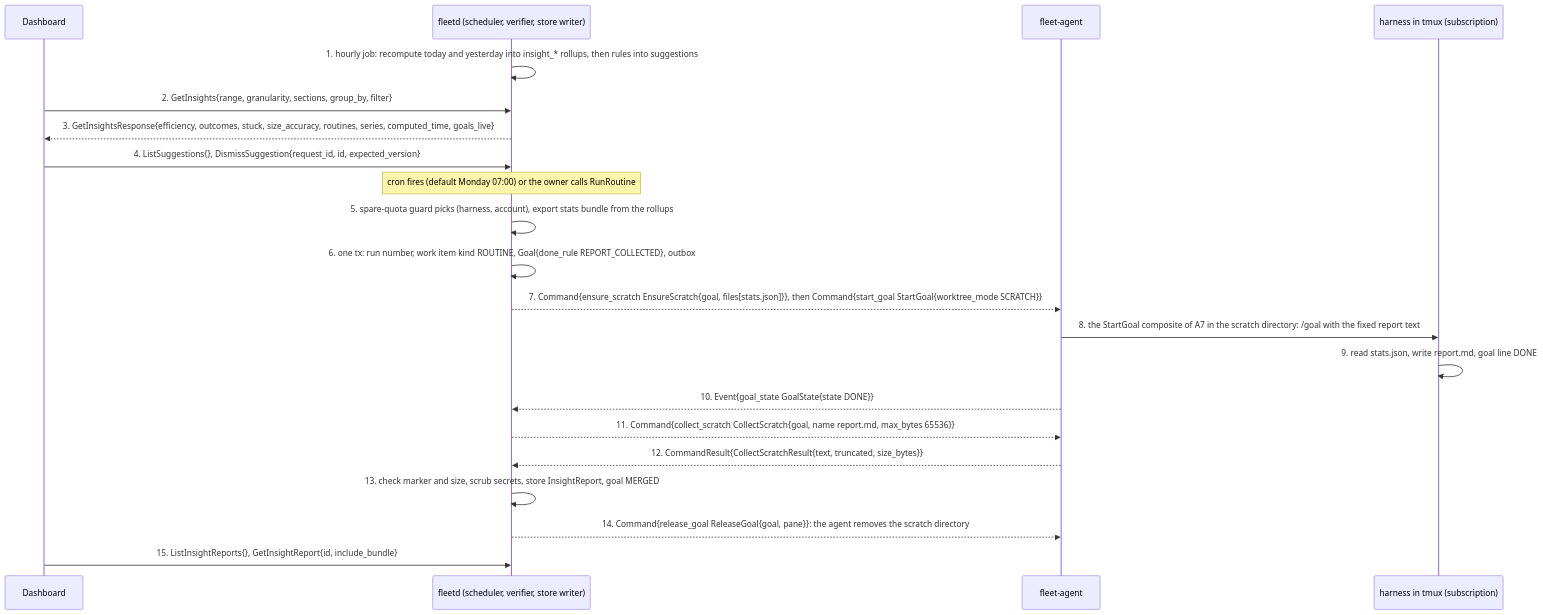
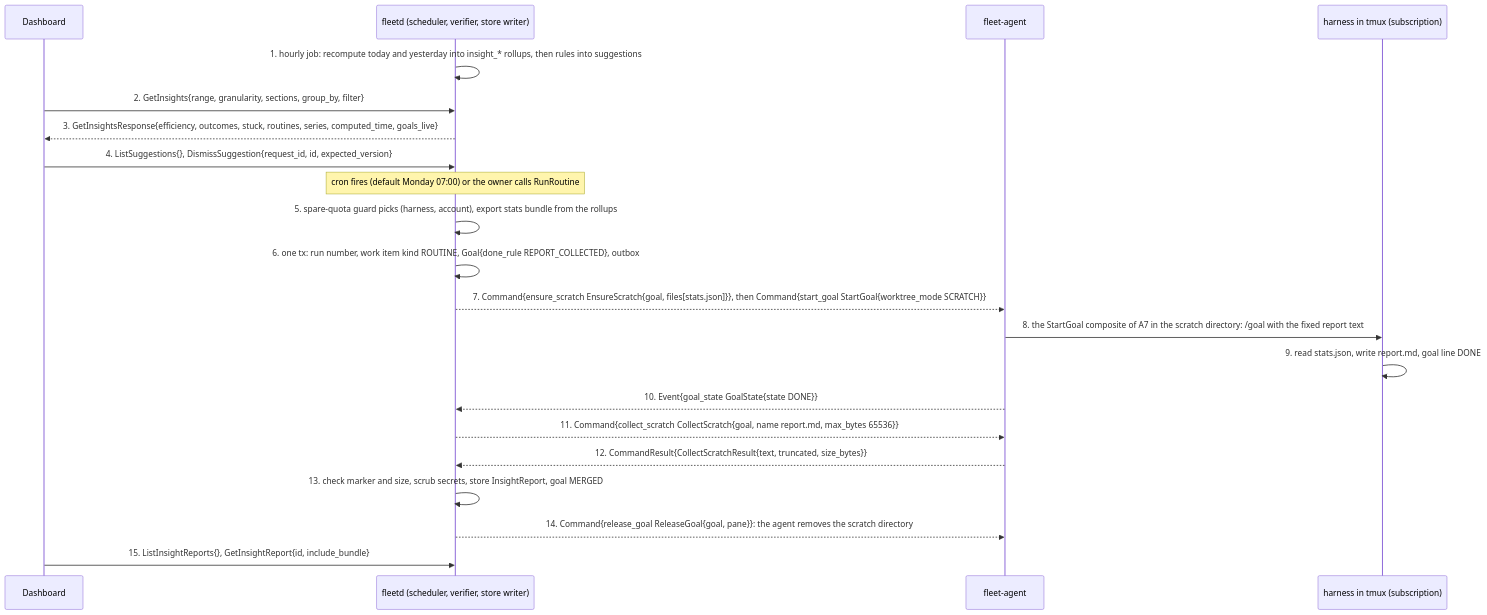
The diagram in docs/flows/dashboard-hub-agent-5.md (linuxdynasty/fleet-board), drawn with Mermaid before and after one commit. The commit also changed other lines of this file and 123 other files, not shown here.

````diff
--- a/docs/flows/dashboard-hub-agent-5.md
+++ b/docs/flows/dashboard-hub-agent-5.md
@@ -31,23 +31,23 @@
 ```mermaid
 sequenceDiagram
   participant D as Dashboard
   participant H as fleetd (scheduler, verifier, store writer)
   participant A as fleet-agent
   participant T as harness in tmux (subscription)
   H->>H: 1. hourly job: recompute today and yesterday into insight_* rollups, then rules into suggestions
   D->>H: 2. GetInsights{range, granularity, sections, group_by, filter}
-  H-->>D: 3. GetInsightsResponse{efficiency, outcomes, stuck, size_accuracy, routines, series, computed_time, goals_live}
+  H-->>D: 3. GetInsightsResponse{efficiency, outcomes, stuck, routines, series, computed_time, goals_live}
   D->>H: 4. ListSuggestions{}, DismissSuggestion{request_id, id, expected_version}
   Note over H: cron fires (default Monday 07:00) or the owner calls RunRoutine
   H->>H: 5. spare-quota guard picks (harness, account), export stats bundle from the rollups
   H->>H: 6. one tx: run number, work item kind ROUTINE, Goal{done_rule REPORT_COLLECTED}, outbox
   H-->>A: 7. Command{ensure_scratch EnsureScratch{goal, files[stats.json]}}, then Command{start_goal StartGoal{worktree_mode SCRATCH}}
   A->>T: 8. the StartGoal composite of A7 in the scratch directory: /goal with the fixed report text
   T->>T: 9. read stats.json, write report.md, goal line DONE
   A-->>H: 10. Event{goal_state GoalState{state DONE}}
   H-->>A: 11. Command{collect_scratch CollectScratch{goal, name report.md, max_bytes 65536}}
   A-->>H: 12. CommandResult{CollectScratchResult{text, truncated, size_bytes}}
   H->>H: 13. check marker and size, scrub secrets, store InsightReport, goal MERGED
   H-->>A: 14. Command{release_goal ReleaseGoal{goal, pane}}: the agent removes the scratch directory
   D->>H: 15. ListInsightReports{}, GetInsightReport{id, include_bundle}
 ```
````
